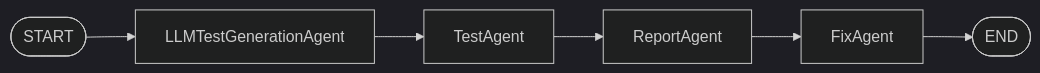
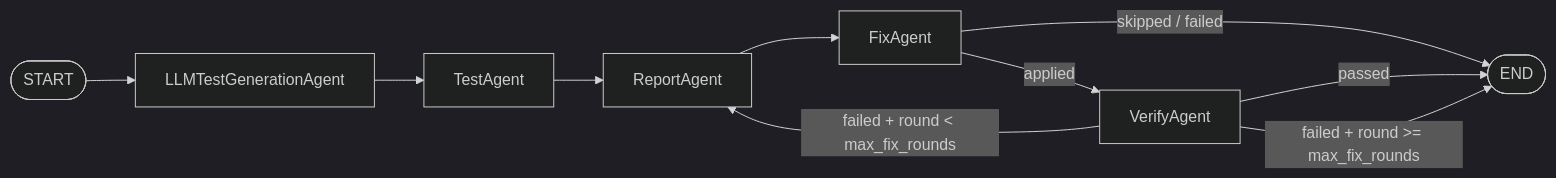
Before and after one commit to Haojun-Jiang/mgc-project: the second of 6 diagrams in docs/project-technical-solution.md, drawn with Mermaid (dark theme). The commit also changed other lines of this file and 10 other files, not shown here.

````diff
--- a/docs/project-technical-solution.md
+++ b/docs/project-technical-solution.md
@@ -106,8 +109,12 @@
 ```mermaid
 flowchart LR
     START([START]) --> A["LLMTestGenerationAgent"]
     A --> B["TestAgent"]
     B --> C["ReportAgent"]
     C --> D["FixAgent"]
-    D --> END([END])
+    D -->|applied| E["VerifyAgent"]
+    D -->|skipped / failed| END([END])
+    E -->|passed| END
+    E -->|failed + round < max_fix_rounds| C
+    E -->|failed + round >= max_fix_rounds| END
 ```
````
